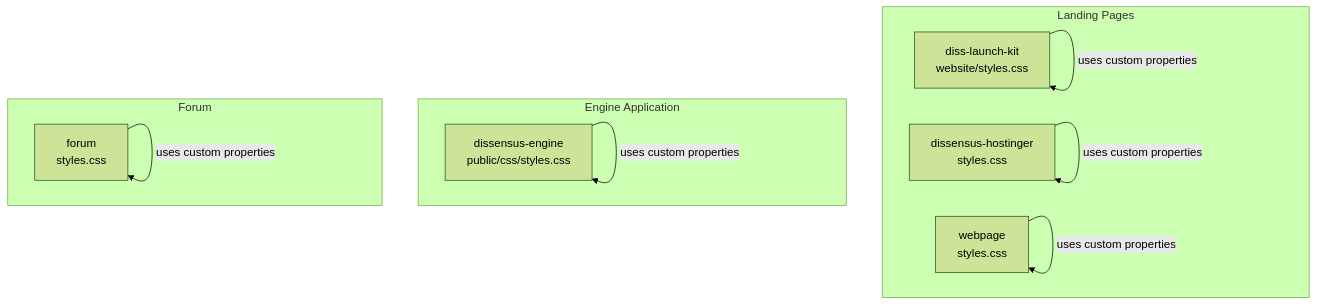
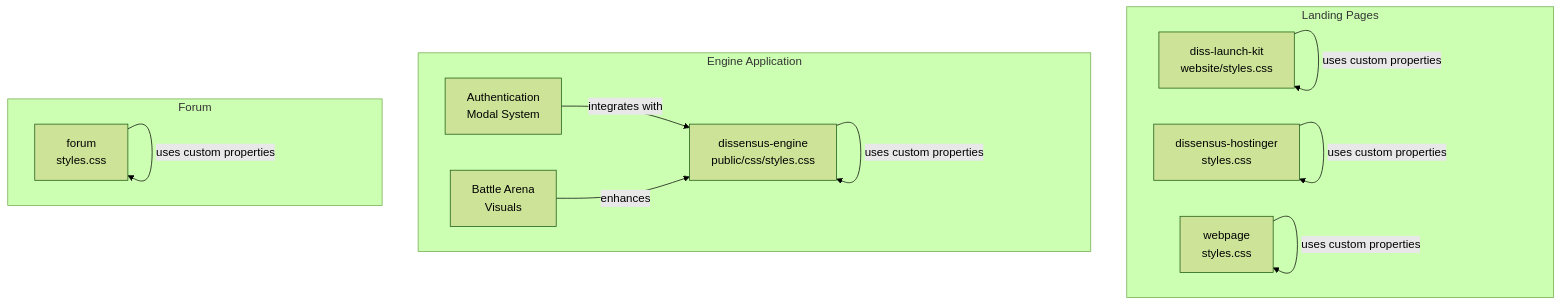
The first of 3 diagrams in .qoder/repowiki/en/content/Frontend Application/Theme & Styling System.md (RunTimeAdmin/tri-ai), drawn with Mermaid (forest theme) before and after one commit. The commit also changed other lines of this file and 13 other files, not shown here.

````diff
--- a/.qoder/repowiki/en/content/Frontend Application/Theme & Styling System.md
+++ b/.qoder/repowiki/en/content/Frontend Application/Theme & Styling System.md
@@ -36,19 +45,23 @@
 ```mermaid
 graph TB
 subgraph "Landing Pages"
 DLK["diss-launch-kit<br/>website/styles.css"]
 DH["dissensus-hostinger<br/>styles.css"]
 WP["webpage<br/>styles.css"]
 end
 subgraph "Engine Application"
 DE["dissensus-engine<br/>public/css/styles.css"]
+AUTH["Authentication<br/>Modal System"]
+ARENA["Battle Arena<br/>Visuals"]
 end
 subgraph "Forum"
 F["forum<br/>styles.css"]
 end
 DLK --> |"uses custom properties"| DLK
 DH --> |"uses custom properties"| DH
 WP --> |"uses custom properties"| WP
 DE --> |"uses custom properties"| DE
 F --> |"uses custom properties"| F
+AUTH --> |"integrates with"| DE
+ARENA --> |"enhances"| DE
 ```
````
